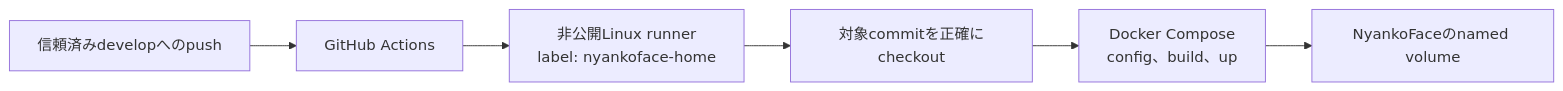
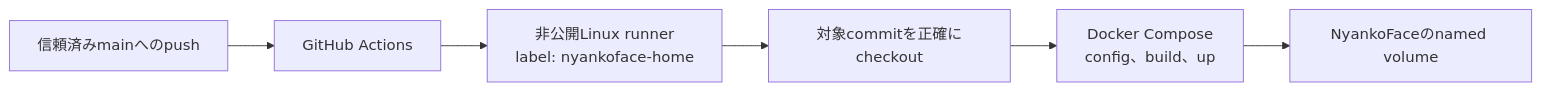
One commit to Sunwood-ai-labs/NyankoFace changed the diagram in docs/ja/guide/home-deployment.md. Above: the diagram before and after it, drawn with Mermaid. The commit also changed other lines of this file and 3 other files, not shown here.

````diff
--- a/docs/ja/guide/home-deployment.md
+++ b/docs/ja/guide/home-deployment.md
@@ -21,8 +21,8 @@
 ```mermaid
 flowchart LR
-    Push[信頼済みdevelopへのpush] --> Actions[GitHub Actions]
+    Push[信頼済みmainへのpush] --> Actions[GitHub Actions]
     Actions --> Runner[非公開Linux runner<br/>label: nyankoface-home]
     Runner --> Checkout[対象commitを正確にcheckout]
     Checkout --> Compose[Docker Compose<br/>config、build、up]
     Compose --> Stack[NyankoFaceのnamed volume]
 ```
````
